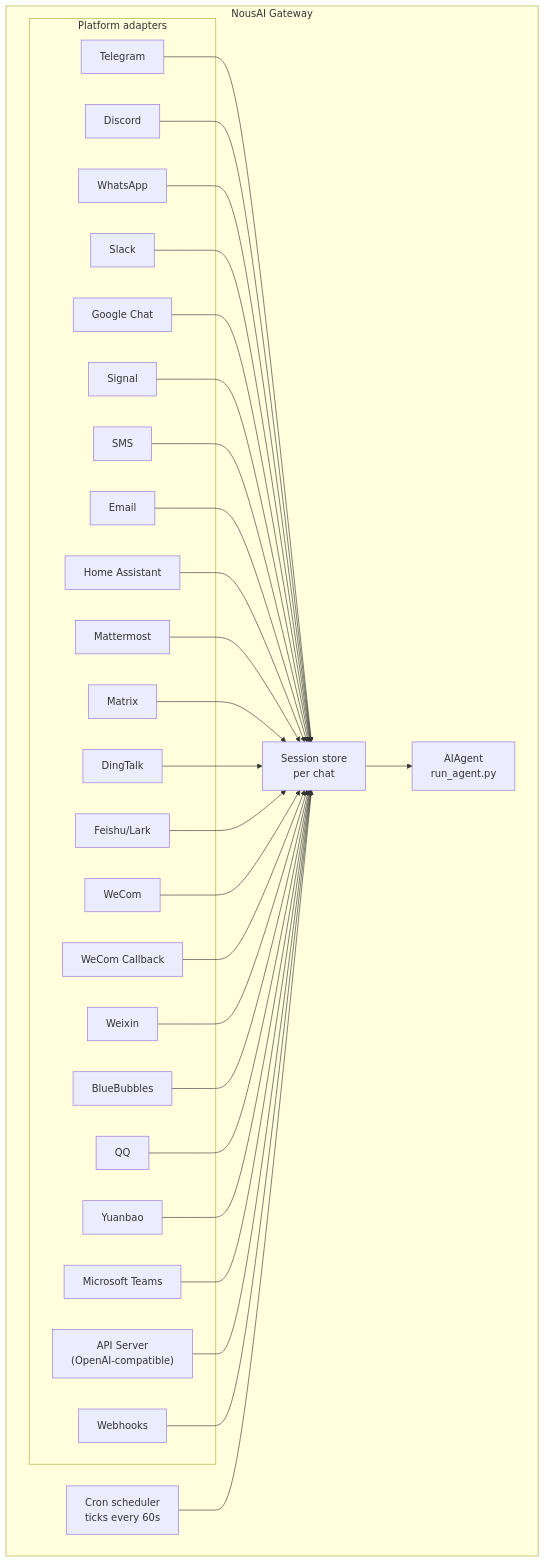
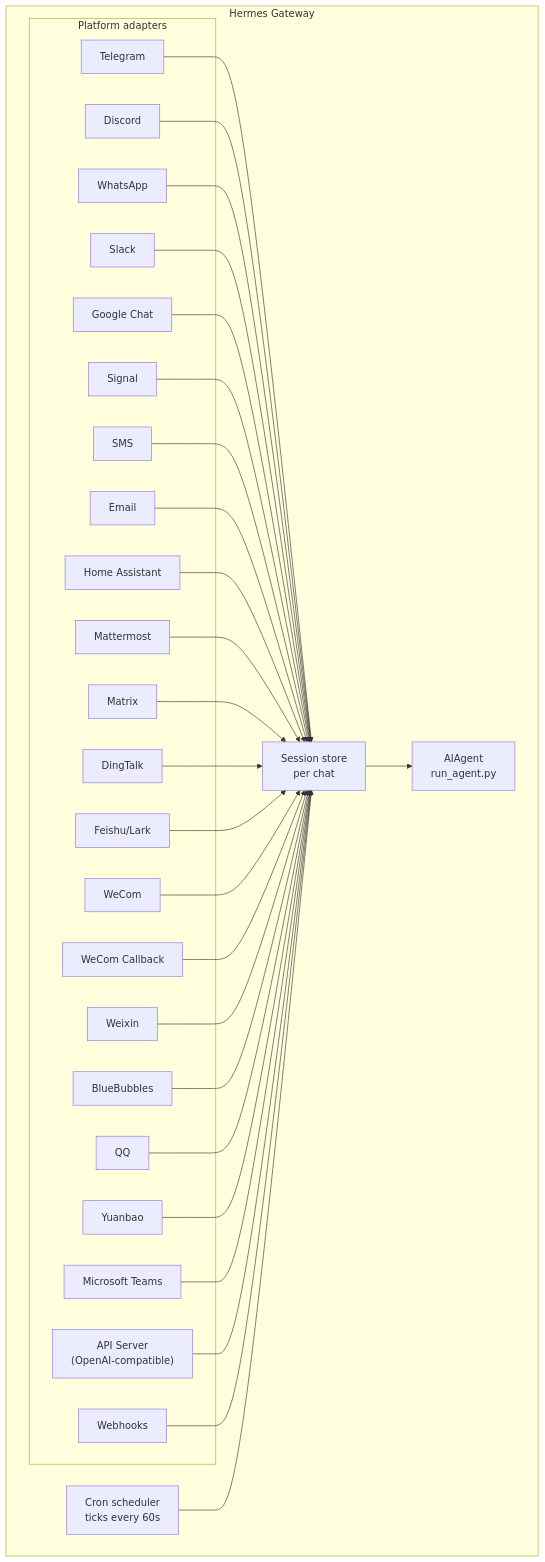
One commit to uaixo/HTAI-Personal-Assistant changed the diagram in website/docs/user-guide/messaging/index.md. Above: the diagram before and after it, drawn with Mermaid. The commit also changed other lines of this file and 2311 other files, not shown here.

First line of the commit message:
Revert "feat(brand): rebrand the product from Hermes to NousAI as an upstream-mergeable overlay (#114)"

````diff
--- a/website/docs/user-guide/messaging/index.md
+++ b/website/docs/user-guide/messaging/index.md
@@ -72,58 +72,58 @@
 ```mermaid
 flowchart TB
-    subgraph Gateway["NousAI Gateway"]
+    subgraph Gateway["Hermes Gateway"]
         subgraph Adapters["Platform adapters"]
             tg[Telegram]
             dc[Discord]
             wa[WhatsApp]
             sl[Slack]
             gc[Google Chat]
             sig[Signal]
             sms[SMS]
             em[Email]
             ha[Home Assistant]
             mm[Mattermost]
             mx[Matrix]
             dt[DingTalk]
     fs[Feishu/Lark]
     wc[WeCom]
     wcb[WeCom Callback]
     wx[Weixin]
     bb[BlueBubbles]
     qq[QQ]
     yb[Yuanbao]
     ms[Microsoft Teams]
     api["API Server<br/>(OpenAI-compatible)"]
     wh[Webhooks]
         end
 
         store["Session store<br/>per chat"]
         agent["AIAgent<br/>run_agent.py"]
         cron["Cron scheduler<br/>ticks every 60s"]
     end
 
     tg --> store
     dc --> store
     wa --> store
     sl --> store
     gc --> store
     sig --> store
     sms --> store
     em --> store
     ha --> store
     mm --> store
     mx --> store
     dt --> store
     fs --> store
     wc --> store
     wcb --> store
     wx --> store
     bb --> store
     qq --> store
     yb --> store
     ms --> store
     api --> store
     wh --> store
     store --> agent
     cron --> store
 ```
````
